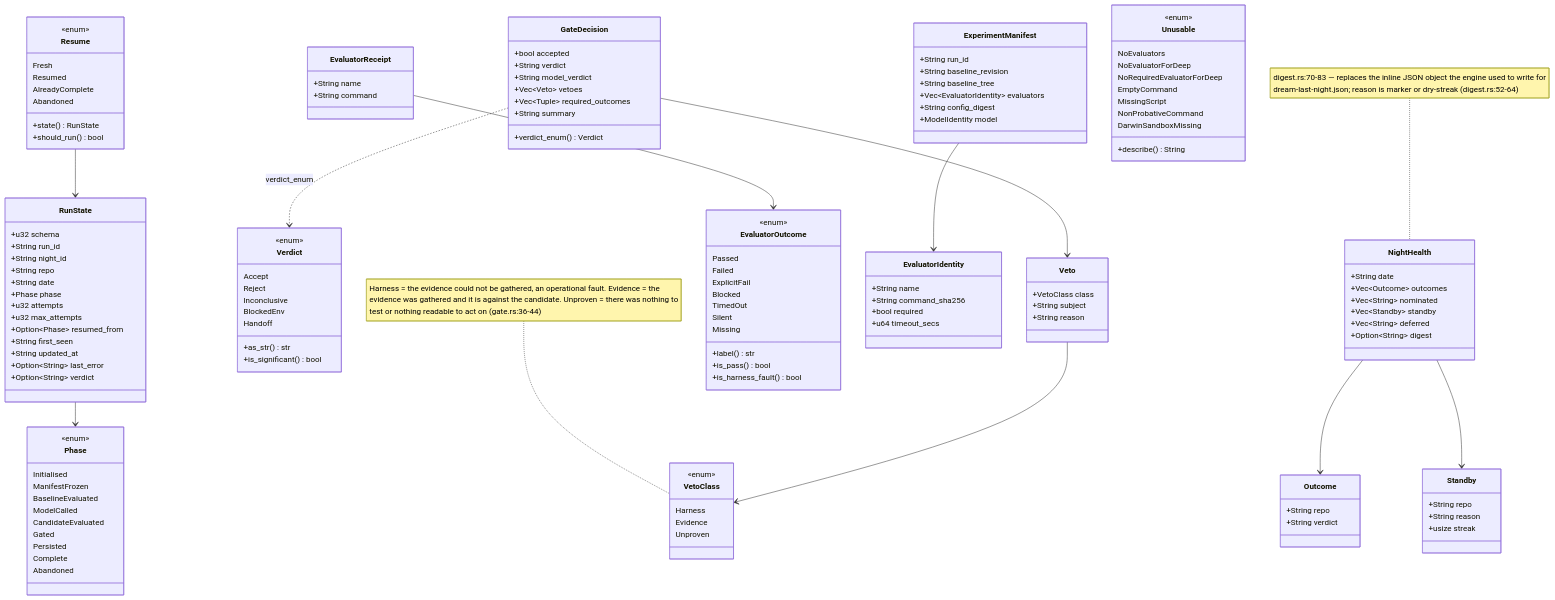
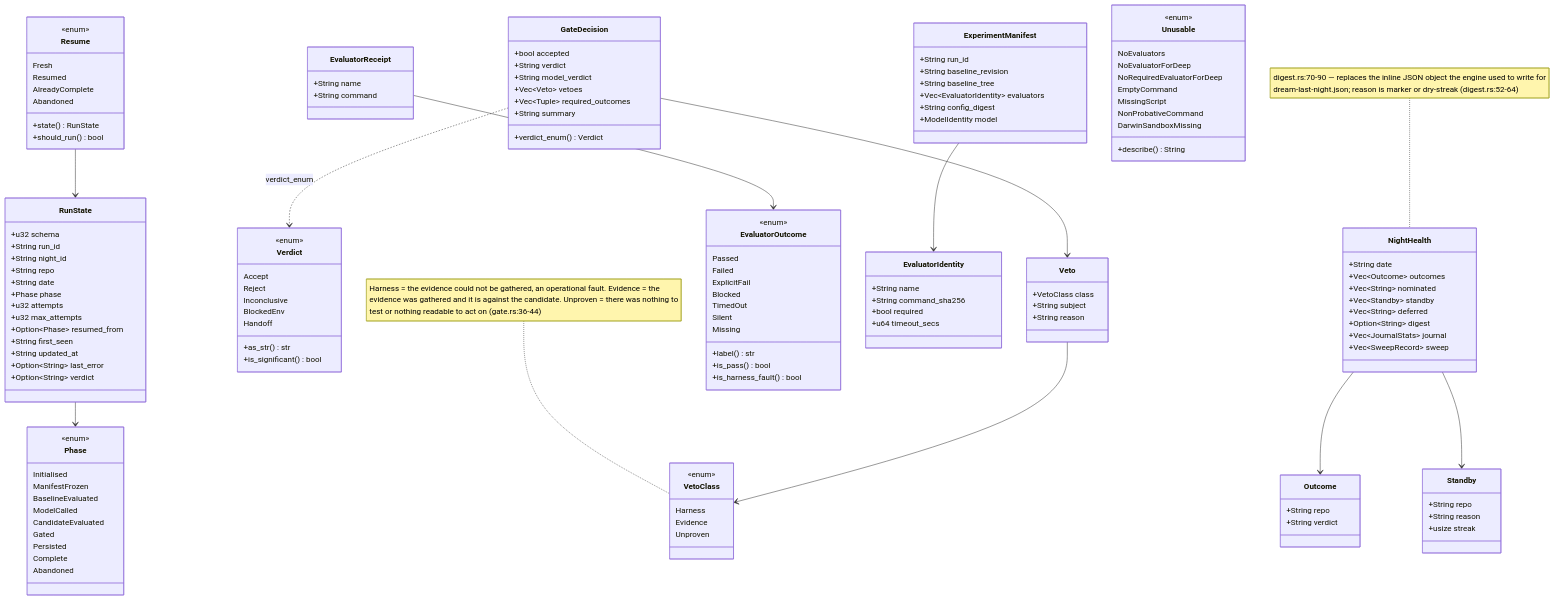
The eighth of 18 diagrams in docs/diagrams/agentbox/23-dream-engine.md (DreamLab-AI/VisionFlow), drawn with Mermaid before and after one commit. The commit also changed other lines of this file and 94 other files, not shown here.

First line of the commit message:
docs(diagrams): re-verify 130 topics against 2 October HEADs

````diff
--- a/docs/diagrams/agentbox/23-dream-engine.md
+++ b/docs/diagrams/agentbox/23-dream-engine.md
@@ -525,6 +540,8 @@
         +Vec~Standby~ standby
         +Vec~String~ deferred
         +Option~String~ digest
+        +Vec~JournalStats~ journal
+        +Vec~SweepRecord~ sweep
     }
     class Outcome {
         +String repo
@@ -545,5 +562,5 @@
     NightHealth --> Outcome
     NightHealth --> Standby
     note for VetoClass "Harness = the evidence could not be gathered, an operational fault. Evidence = the<br/>evidence was gathered and it is against the candidate. Unproven = there was nothing to<br/>test or nothing readable to act on (gate.rs:36-44)"
-    note for NightHealth "digest.rs:70-83 — replaces the inline JSON object the engine used to write for<br/>dream-last-night.json; reason is marker or dry-streak (digest.rs:52-64)"
+    note for NightHealth "digest.rs:70-90 — replaces the inline JSON object the engine used to write for<br/>dream-last-night.json; reason is marker or dry-streak (digest.rs:52-64)"
 ```
````
